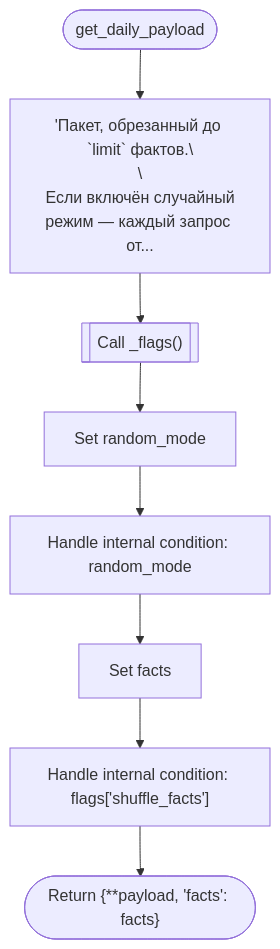
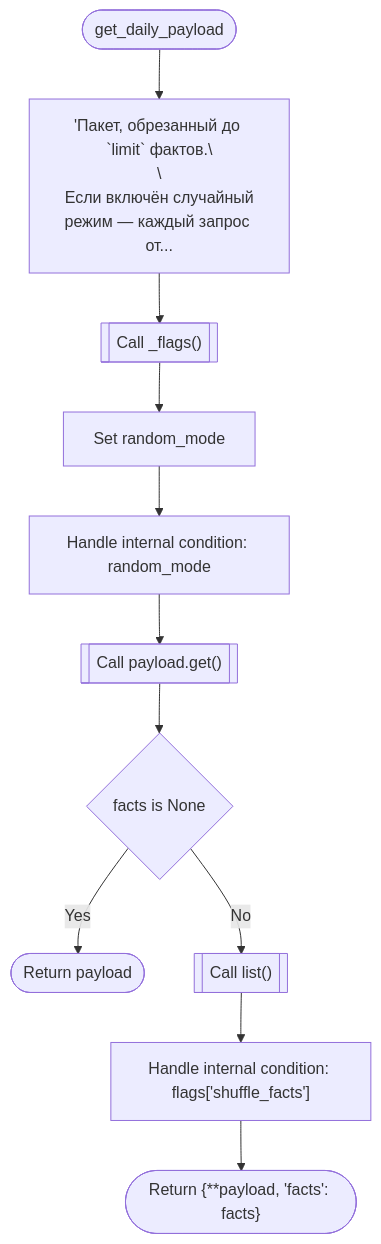
Before and after one commit to ihrusl05-rgb/Factoscope: the tenth of 55 diagrams in codedebrief-out/codedebrief.md, drawn with Mermaid. The commit also changed other lines of this file and 10 other files, not shown here.

````diff
--- a/codedebrief-out/codedebrief.md
+++ b/codedebrief-out/codedebrief.md
@@ -357,18 +356,24 @@
 ```mermaid
 flowchart TD
   mflow_e35b0204b42a7cd2_n1(["get_daily_payload"])
   mflow_e35b0204b42a7cd2_n2["'Пакет, обрезанный до `limit` фактов.\\n\\n Если включён случайный режим — каждый запрос от..."]
   mflow_e35b0204b42a7cd2_n3[["Call _flags()"]]
   mflow_e35b0204b42a7cd2_n4["Set random_mode"]
   mflow_e35b0204b42a7cd2_n5["Handle internal condition: random_mode"]
-  mflow_e35b0204b42a7cd2_n6["Set facts"]
-  mflow_e35b0204b42a7cd2_n7["Handle internal condition: flags['shuffle_facts']"]
-  mflow_e35b0204b42a7cd2_n8(["Return {**payload, 'facts': facts}"])
+  mflow_e35b0204b42a7cd2_n6[["Call payload.get()"]]
+  mflow_e35b0204b42a7cd2_n7{"facts is None"}
+  mflow_e35b0204b42a7cd2_n8(["Return payload"])
+  mflow_e35b0204b42a7cd2_n9[["Call list()"]]
+  mflow_e35b0204b42a7cd2_n10["Handle internal condition: flags['shuffle_facts']"]
+  mflow_e35b0204b42a7cd2_n11(["Return {**payload, 'facts': facts}"])
   mflow_e35b0204b42a7cd2_n1 --> mflow_e35b0204b42a7cd2_n2
   mflow_e35b0204b42a7cd2_n2 --> mflow_e35b0204b42a7cd2_n3
   mflow_e35b0204b42a7cd2_n3 --> mflow_e35b0204b42a7cd2_n4
   mflow_e35b0204b42a7cd2_n4 --> mflow_e35b0204b42a7cd2_n5
   mflow_e35b0204b42a7cd2_n5 --> mflow_e35b0204b42a7cd2_n6
   mflow_e35b0204b42a7cd2_n6 --> mflow_e35b0204b42a7cd2_n7
-  mflow_e35b0204b42a7cd2_n7 --> mflow_e35b0204b42a7cd2_n8
+  mflow_e35b0204b42a7cd2_n7 -->|"Yes"| mflow_e35b0204b42a7cd2_n8
+  mflow_e35b0204b42a7cd2_n7 -->|"No"| mflow_e35b0204b42a7cd2_n9
+  mflow_e35b0204b42a7cd2_n9 --> mflow_e35b0204b42a7cd2_n10
+  mflow_e35b0204b42a7cd2_n10 --> mflow_e35b0204b42a7cd2_n11
 ```
````
